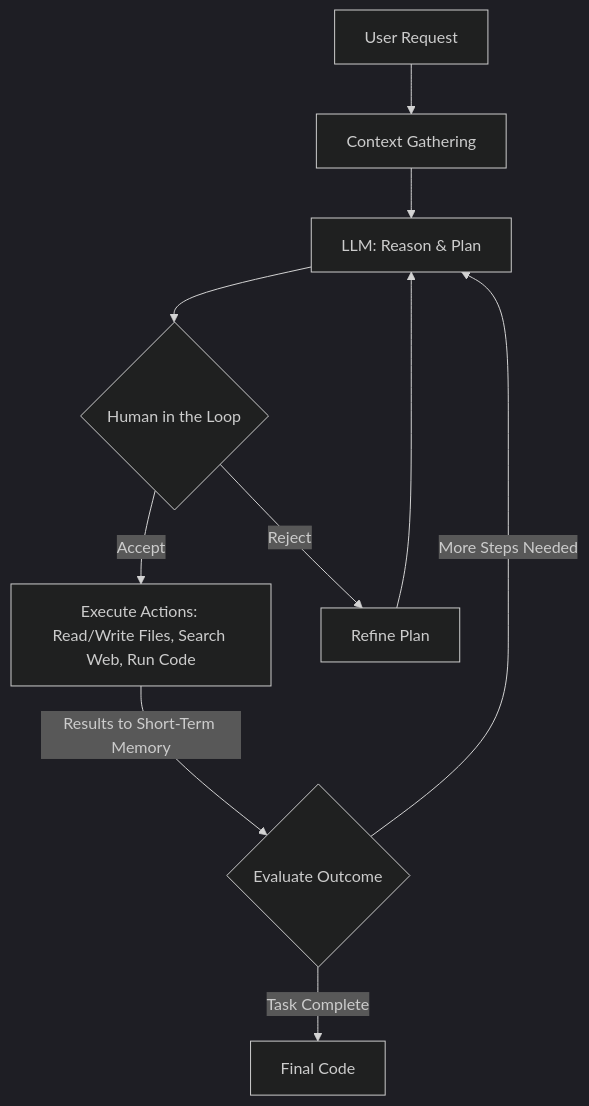
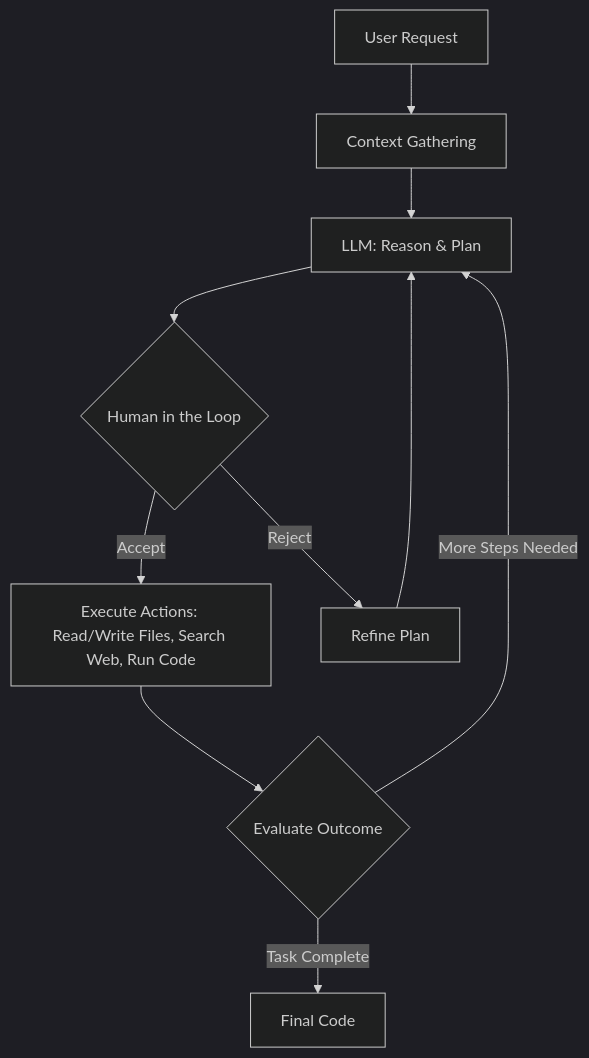
Before and after one commit to shoaibkhanz/agentic-ai-engineering-course: the seventh of 8 diagrams in lessons/02_workflows_vs_agents/article.md, drawn with Mermaid (dark theme).

Commit message:
feat: Update L2

````diff
--- a/lessons/02_workflows_vs_agents/article.md
+++ b/lessons/02_workflows_vs_agents/article.md
@@ -200,12 +200,12 @@
 ```mermaid
 graph TD
     A[User Request] --> B[Context Gathering];
     B --> C[LLM: Reason & Plan];
     C --> D{Human in the Loop};
     D -->|Accept| E[Execute Actions: Read/Write Files, Search Web, Run Code];
     D -->|Reject| F[Refine Plan];
     F --> C;
-    E -- Results to Short-Term Memory --> G{Evaluate Outcome};
+    E --> G{Evaluate Outcome};
     G -- More Steps Needed --> C;
     G -- Task Complete --> H[Final Code];
 ```
````
